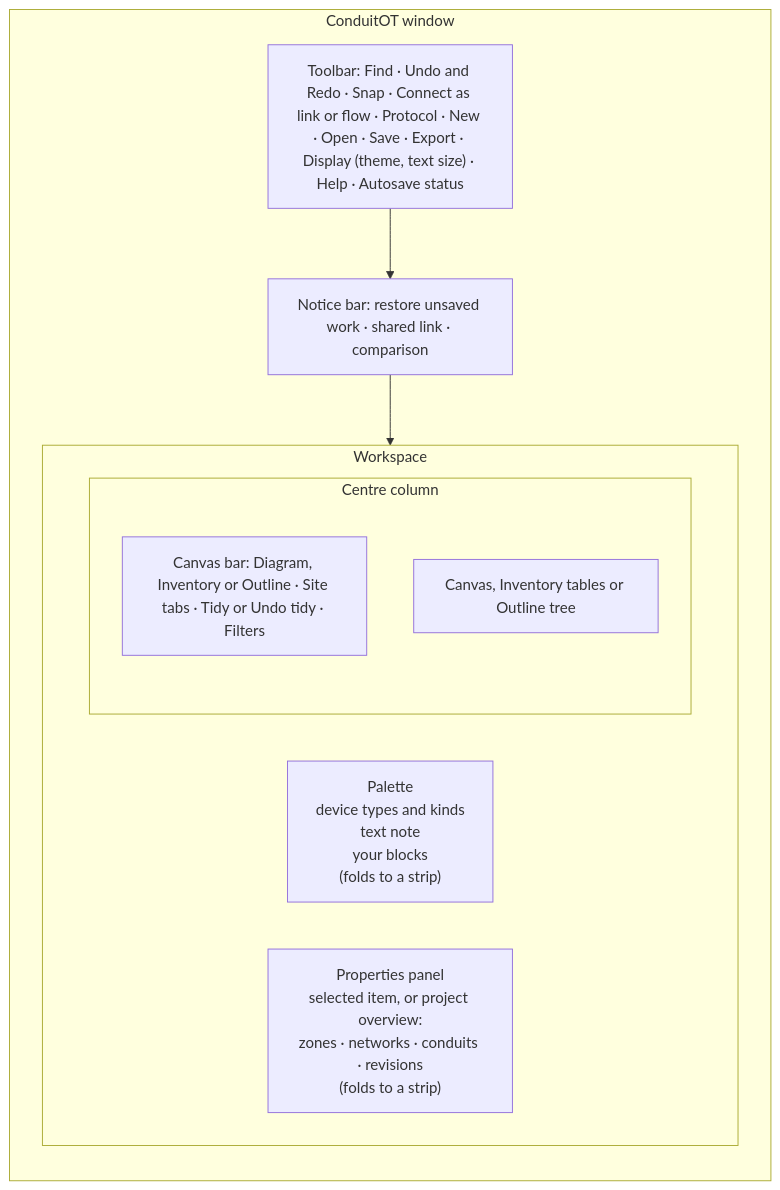
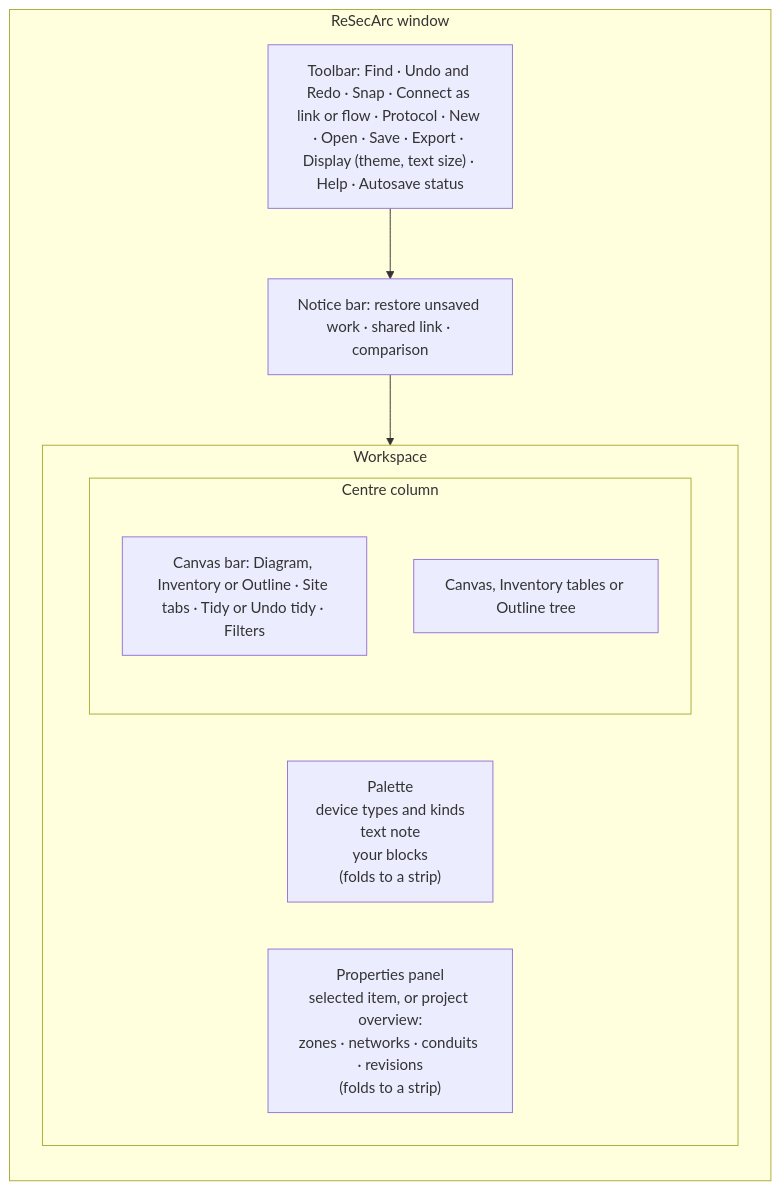
Before and after one commit to vijaykumargowdakk/ReSecArc: the fifth of 32 diagrams in README.md, drawn with Mermaid. The commit also changed other lines of this file and 33 other files, not shown here.

First line of the commit message:
Rename the product to ReSecArc

````diff
--- a/README.md
+++ b/README.md
@@ -188,19 +188,19 @@
 ```mermaid
 flowchart TB
-    subgraph Screen["ConduitOT window"]
+    subgraph Screen["ReSecArc window"]
         direction TB
         T["Toolbar: Find · Undo and Redo · Snap · Connect as link or flow · Protocol · New · Open · Save · Export · Display (theme, text size) · Help · Autosave status"]
         N["Notice bar: restore unsaved work · shared link · comparison"]
         subgraph Work["Workspace"]
             direction LR
             P["Palette<br/>device types and kinds<br/>text note<br/>your blocks<br/>(folds to a strip)"]
             subgraph Mid["Centre column"]
                 direction TB
                 B["Canvas bar: Diagram, Inventory or Outline · Site tabs · Tidy or Undo tidy · Filters"]
                 C["Canvas, Inventory tables or Outline tree"]
             end
             I["Properties panel<br/>selected item, or project overview:<br/>zones · networks · conduits · revisions<br/>(folds to a strip)"]
         end
         T --> N --> Work
     end
 ```
````
